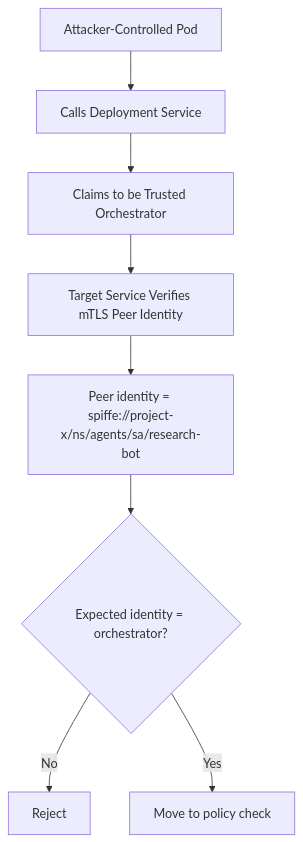
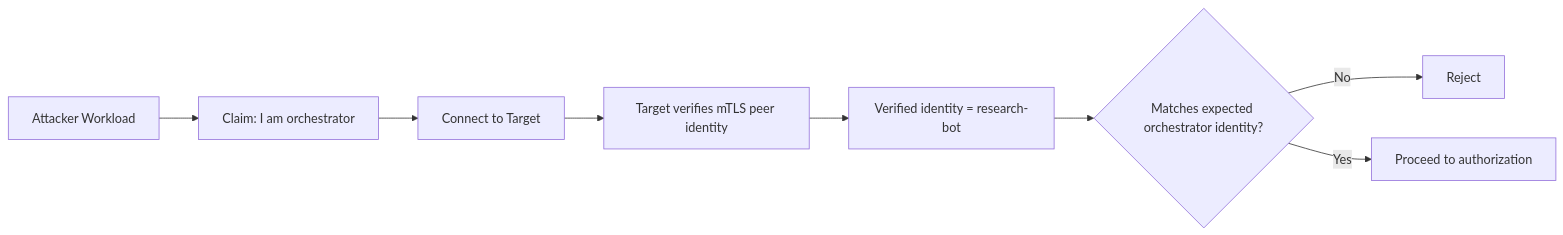
One commit to babywyrm/sysadmin changed the sixth of 8 diagrams in modeling/spire/redteam__.md. Above: the diagram before and after it, drawn with Mermaid. The commit also changed other lines of this file, not shown here.

````diff
--- a/modeling/spire/redteam__.md
+++ b/modeling/spire/redteam__.md
@@ -274,10 +468,10 @@
 ```mermaid
-flowchart TD
-    A[Attacker-Controlled Pod] --> B[Calls Deployment Service]
-    B --> C[Claims to be Trusted Orchestrator]
-    C --> D[Target Service Verifies mTLS Peer Identity]
-    D --> E[Peer identity = spiffe://project-x/ns/agents/sa/research-bot]
-    E --> F{Expected identity = orchestrator?}
+flowchart LR
+    A[Attacker Workload] --> B[Claim: I am orchestrator]
+    B --> C[Connect to Target]
+    C --> D[Target verifies mTLS peer identity]
+    D --> E[Verified identity = research-bot]
+    E --> F{Matches expected orchestrator identity?}
     F -- No --> G[Reject]
-    F -- Yes --> H[Move to policy check]
+    F -- Yes --> H[Proceed to authorization]
 ```
````
